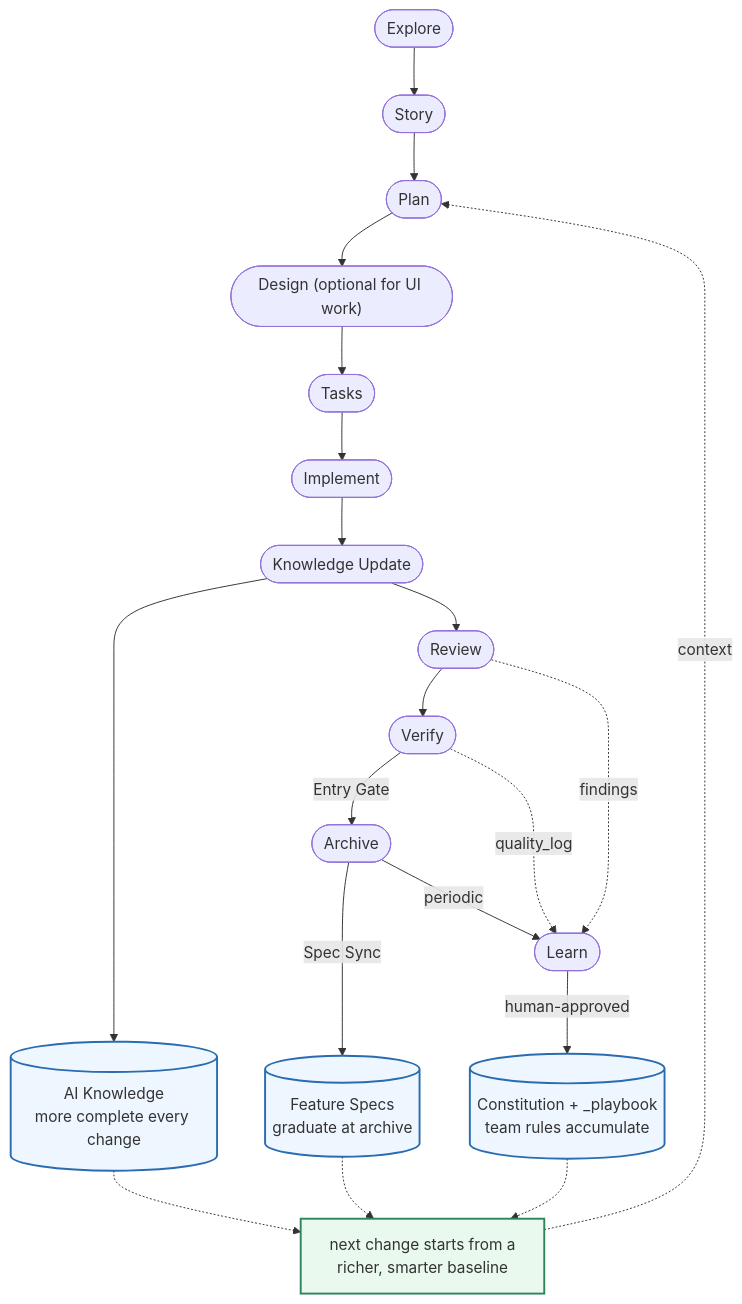
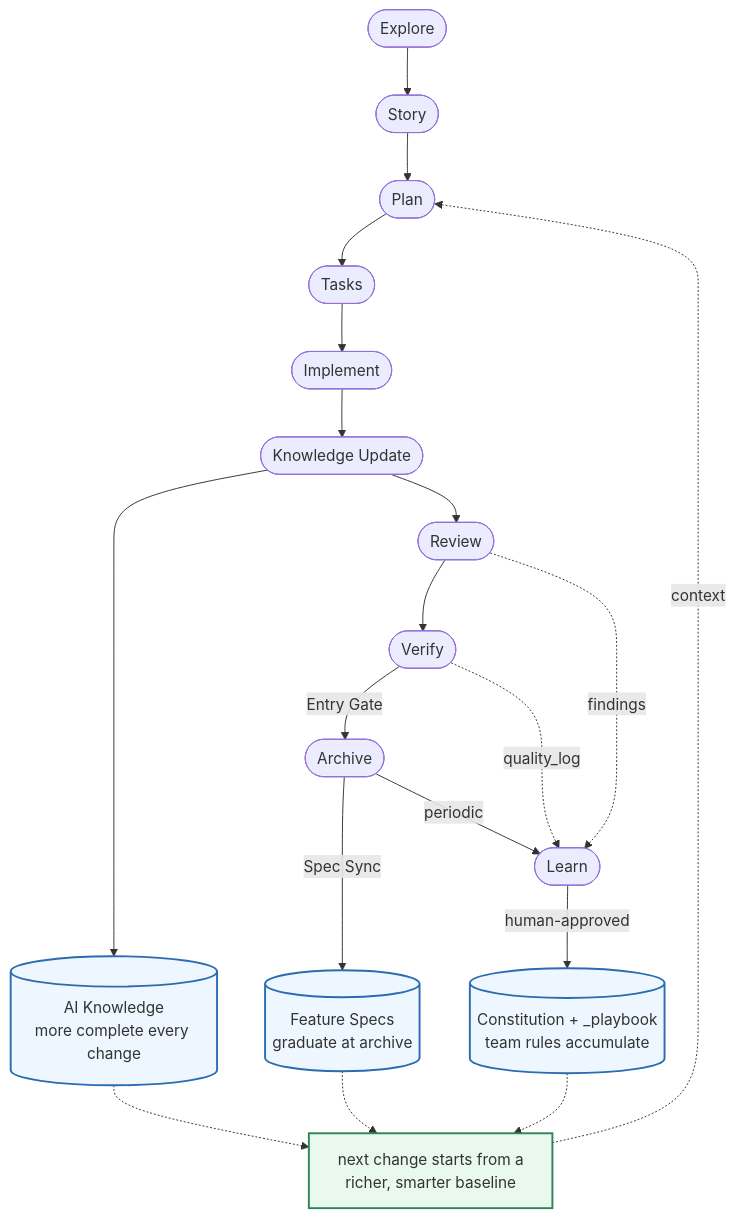
The diagram in docs/concepts/how-it-works.md (benwu95/prospec), drawn with Mermaid before and after one commit. The commit also changed other lines of this file and 127 other files, not shown here.

````diff
--- a/docs/concepts/how-it-works.md
+++ b/docs/concepts/how-it-works.md
@@ -6,21 +6,21 @@
 ```mermaid
 flowchart TD
-    E([Explore]) --> S([Story]) --> P([Plan]) --> D(["Design (optional for UI work)"]) --> T([Tasks]) --> I([Implement]) --> KU([Knowledge Update]) --> R([Review]) --> V([Verify]) -- Entry Gate --> A([Archive]) -- periodic --> L([Learn])
+    E([Explore]) --> S([Story]) --> P([Plan]) --> T([Tasks]) --> I([Implement]) --> KU([Knowledge Update]) --> R([Review]) --> V([Verify]) -- Entry Gate --> A([Archive]) -- periodic --> L([Learn])
 
     V -. quality_log .-> L
     R -. findings .-> L
     L -- human-approved --> RULES[("Constitution + _playbook<br/>team rules accumulate")]
 
     KU --> AK[("AI Knowledge<br/>more complete every change")]
     A -- Spec Sync --> FS[("Feature Specs<br/>graduate at archive")]
 
     AK -.-> NEXT["next change starts from a<br/>richer, smarter baseline"]
     FS -.-> NEXT
     RULES -.-> NEXT
     NEXT -. context .-> P
 
     classDef asset fill:#eef7ff,stroke:#2b6cb0,stroke-width:2px;
     classDef gain fill:#e9f9ee,stroke:#2f855a,stroke-width:2px;
     class AK,FS,RULES asset;
     class NEXT gain;
 ```
````
